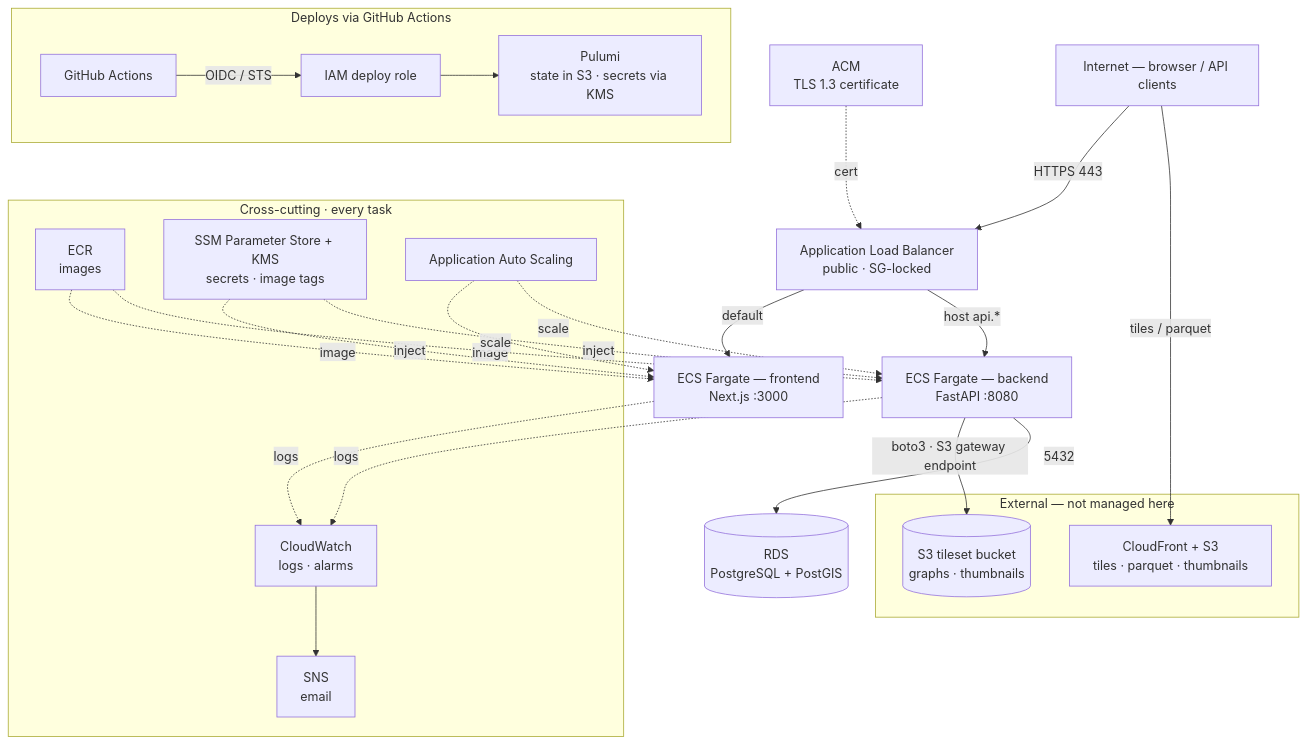
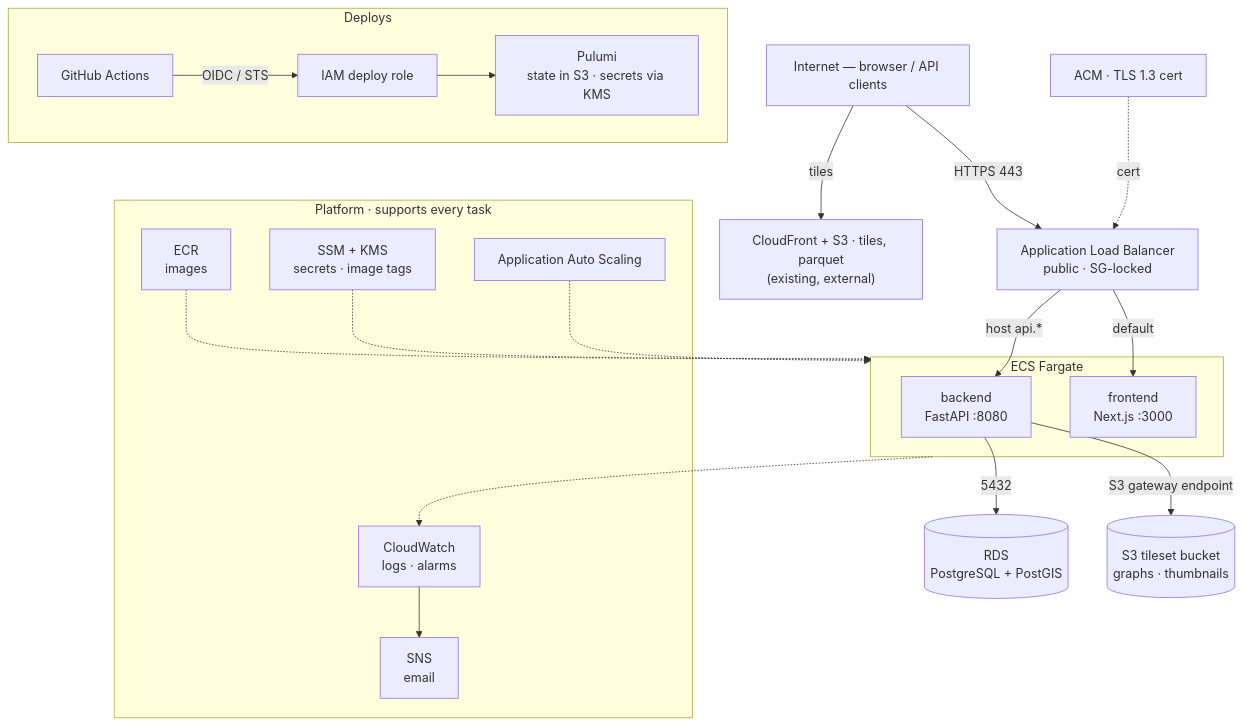
One commit to districtr/districtr-v2 changed the diagram in infra/README.md. Above: the diagram before and after it, drawn with Mermaid.

````diff
--- a/infra/README.md
+++ b/infra/README.md
@@ -18,46 +18,45 @@
 ```mermaid
 flowchart TB
     client["Internet — browser / API clients"]
+    cdn["CloudFront + S3 · tiles, parquet<br/>(existing, external)"]
+    acm["ACM · TLS 1.3 cert"]
+    alb["Application Load Balancer<br/>public · SG-locked"]
 
-    subgraph external["External — not managed here"]
-      cdn["CloudFront + S3<br/>tiles · parquet · thumbnails"]
-      tiles[("S3 tileset bucket<br/>graphs · thumbnails")]
+    subgraph ecs["ECS Fargate"]
+      be["backend<br/>FastAPI :8080"]
+      fe["frontend<br/>Next.js :3000"]
     end
 
-    acm["ACM<br/>TLS 1.3 certificate"]
-    alb["Application Load Balancer<br/>public · SG-locked"]
-    be["ECS Fargate — backend<br/>FastAPI :8080"]
-    fe["ECS Fargate — frontend<br/>Next.js :3000"]
     rds[("RDS<br/>PostgreSQL + PostGIS")]
+    tiles[("S3 tileset bucket<br/>graphs · thumbnails")]
 
-    client -->|"tiles / parquet"| cdn
     client -->|"HTTPS 443"| alb
+    client -->|"tiles"| cdn
     acm -. cert .-> alb
     alb -->|"host api.*"| be
     alb -->|"default"| fe
     be -->|"5432"| rds
-    be -->|"boto3 · S3 gateway endpoint"| tiles
+    be -->|"S3 gateway endpoint"| tiles
 
-    subgraph crosscut["Cross-cutting · every task"]
+    subgraph platform["Platform · supports every task"]
       ecr["ECR<br/>images"]
-      ssm["SSM Parameter Store + KMS<br/>secrets · image tags"]
+      ssm["SSM + KMS<br/>secrets · image tags"]
       cw["CloudWatch<br/>logs · alarms"]
       sns["SNS<br/>email"]
       aas["Application Auto Scaling"]
     end
 
-    ecr -. image .-> be & fe
-    ssm -. inject .-> be & fe
-    be -. logs .-> cw
-    fe -. logs .-> cw
+    ecr -.-> ecs
+    ssm -.-> ecs
+    aas -.-> ecs
+    ecs -.-> cw
     cw --> sns
-    aas -. scale .-> be & fe
 
-    subgraph deploy["Deploys via GitHub Actions"]
+    subgraph deploy["Deploys"]
       gha["GitHub Actions"]
       role["IAM deploy role"]
       pul["Pulumi<br/>state in S3 · secrets via KMS"]
     end
     gha -->|"OIDC / STS"| role
     role --> pul
 ```
````
